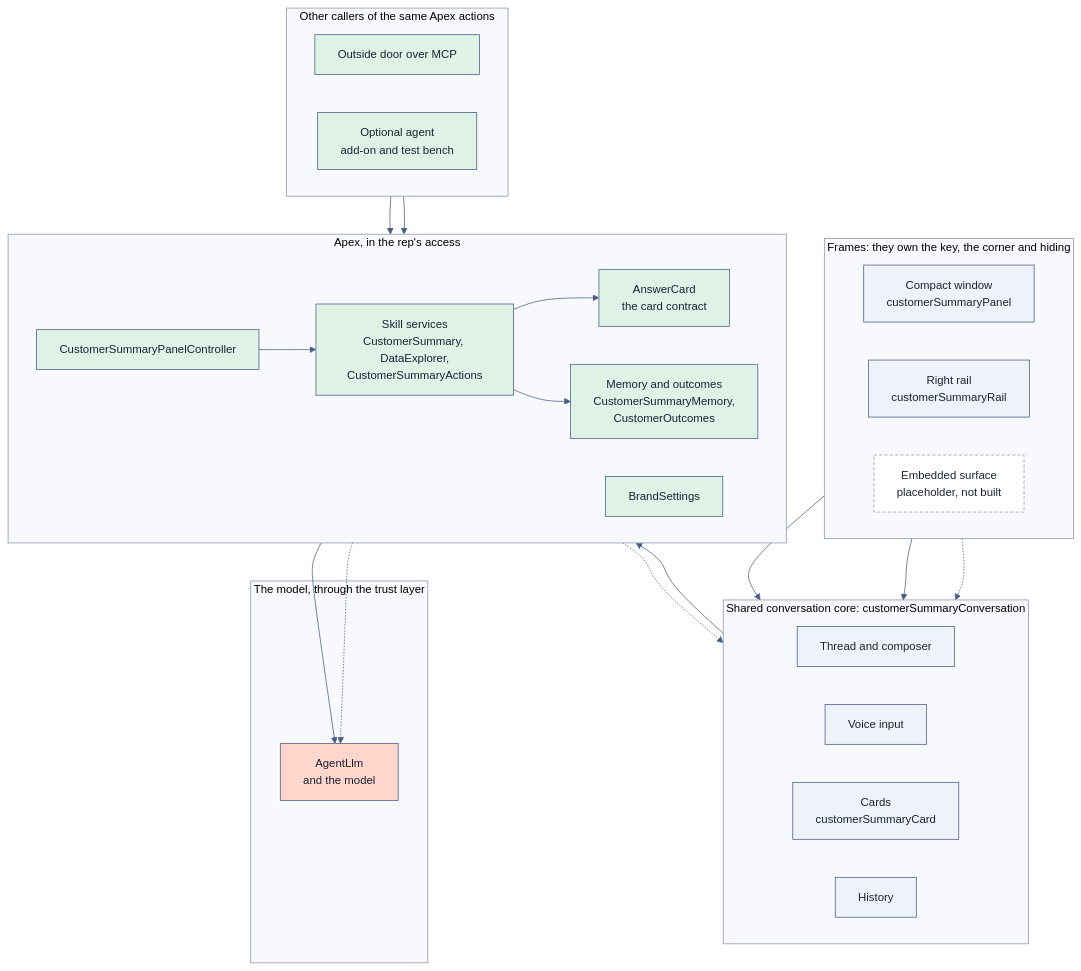
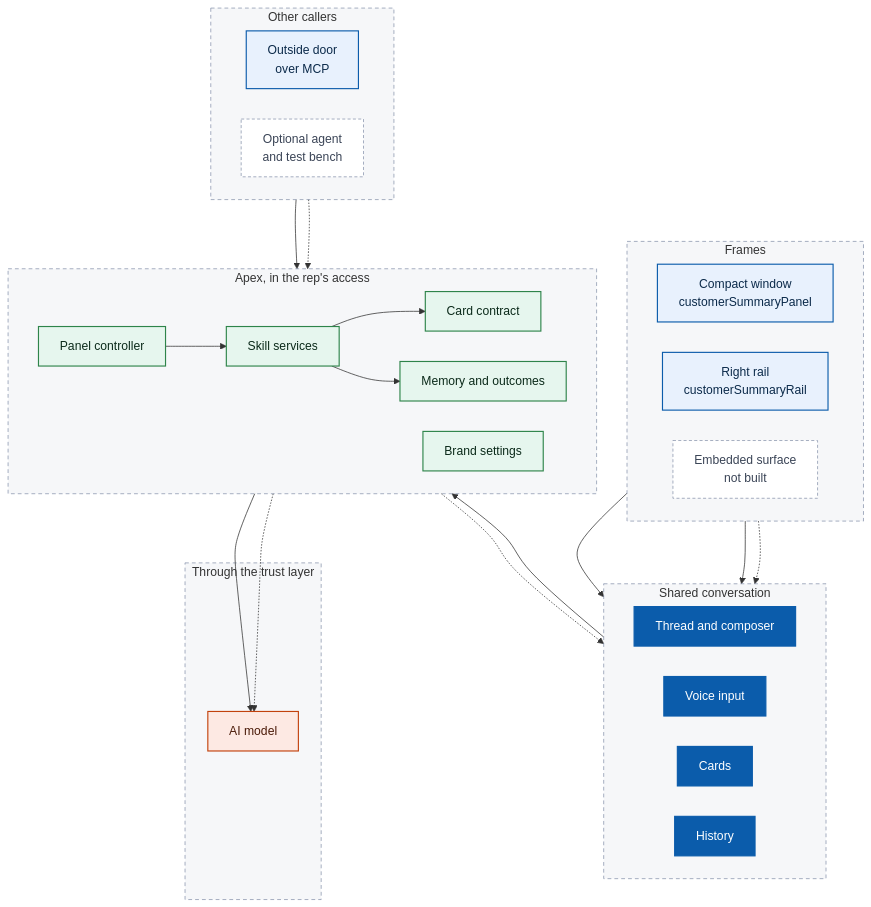
Before and after one commit to nelsben/generic-agent: the first of 4 diagrams in README.md, drawn with Mermaid. The commit also changed other lines of this file and 3 other files, not shown here.

Commit message:
OPS-67: README and ARCHITECTURE diagrams restyled (6 blocks)

````diff
--- a/README.md
+++ b/README.md
@@ -101,53 +101,66 @@
 ```mermaid
-%%{init: {"theme": "base", "themeVariables": {"fontFamily": "-apple-system, BlinkMacSystemFont, Segoe UI, Helvetica, Arial, sans-serif", "fontSize": "15px", "primaryColor": "#EEF2FA", "primaryBorderColor": "#4A5D85", "primaryTextColor": "#1B2233", "secondaryColor": "#F4F6F9", "tertiaryColor": "#FFFFFF", "lineColor": "#4A5D85", "textColor": "#1B2233", "actorBkg": "#EEF2FA", "actorBorder": "#4A5D85", "actorTextColor": "#1B2233", "actorLineColor": "#8A96AD", "signalColor": "#4A5D85", "signalTextColor": "#1B2233", "labelBoxBkgColor": "#FFFFFF", "labelBoxBorderColor": "#4A5D85", "labelTextColor": "#1B2233", "loopTextColor": "#1B2233", "noteBkgColor": "#FFFFFF", "noteBorderColor": "#8A96AD", "noteTextColor": "#1B2233", "sequenceNumberColor": "#FFFFFF", "activationBkgColor": "#DDE4F2", "activationBorderColor": "#4A5D85", "clusterBkg": "#F7F9FC", "clusterBorder": "#8A96AD", "edgeLabelBackground": "#FFFFFF"}}}%%
+---
+config:
+  layout: dagre
+  flowchart:
+    curve: basis
+    nodeSpacing: 40
+    rankSpacing: 55
+    wrappingWidth: 220
+    padding: 14
+---
 flowchart TB
-    subgraph FR["Frames: they own the key, the corner and hiding"]
+    subgraph FR["Frames"]
         direction LR
         CW["Compact window<br/>customerSummaryPanel"]
         RR["Right rail<br/>customerSummaryRail"]
-        EM["Embedded surface<br/>placeholder, not built"]
+        EM["Embedded surface<br/>not built"]
     end
-    subgraph CORE["Shared conversation core: customerSummaryConversation"]
+    subgraph CORE["Shared conversation"]
         direction LR
         TH["Thread and composer"]
         VO["Voice input"]
-        CA["Cards<br/>customerSummaryCard"]
+        CA["Cards"]
         HI["History"]
     end
     subgraph APX["Apex, in the rep's access"]
         direction LR
-        PC["CustomerSummaryPanelController"]
-        SK["Skill services<br/>CustomerSummary, DataExplorer,<br/>CustomerSummaryActions"]
-        AC["AnswerCard<br/>the card contract"]
-        ST["Memory and outcomes<br/>CustomerSummaryMemory,<br/>CustomerOutcomes"]
-        BR["BrandSettings"]
+        PC["Panel controller"]
+        SK["Skill services"]
+        AC["Card contract"]
+        ST["Memory and outcomes"]
+        BR["Brand settings"]
     end
-    subgraph MODEL["The model, through the trust layer"]
-        LLM["AgentLlm<br/>and the model"]
+    subgraph MODEL["Through the trust layer"]
+        LLM["AI model"]
     end
-    subgraph OUT["Other callers of the same Apex actions"]
+    subgraph OUT["Other callers"]
         direction LR
-        MCP["Outside door over MCP"]
-        AG["Optional agent<br/>add-on and test bench"]
+        MCP["Outside door<br/>over MCP"]
+        AG["Optional agent<br/>and test bench"]
     end
     CW --> CORE
     RR --> CORE
     EM -.-> CORE
     CORE --> PC
     PC --> SK
     SK --> AC
     SK --> ST
     SK --> LLM
     BR -.-> CORE
     BR -.-> LLM
     MCP --> SK
-    AG --> SK
-    classDef frame fill:#EEF2FA,stroke:#4A5D85,color:#1B2233
-    classDef apex fill:#DEF3E6,stroke:#4A5D85,color:#1B2233
-    classDef model fill:#FFD6CC,stroke:#4A5D85,color:#1B2233
-    classDef later fill:#FFFFFF,stroke:#8A96AD,color:#1B2233,stroke-dasharray: 4 3
-    class CW,RR,TH,VO,CA,HI frame
-    class PC,SK,AC,ST,BR,MCP,AG apex
+    AG -.-> SK
+    classDef surface fill:#E8F1FD,stroke:#0B5CAB,color:#0B2A4A,stroke-width:1.5px
+    classDef core fill:#0B5CAB,stroke:#0B5CAB,color:#FFFFFF,stroke-width:1.5px
+    classDef apex fill:#E6F6EE,stroke:#2E844A,color:#0B2A1A,stroke-width:1.5px
+    classDef model fill:#FDE9E3,stroke:#C2410C,color:#4A1A08,stroke-width:1.5px
+    classDef later fill:#FFFFFF,stroke:#8A96AD,color:#3A4456,stroke-dasharray:4 3
+    classDef zone fill:#8A96AD14,stroke:#8A96AD,stroke-width:1px,stroke-dasharray:5 4
+    class CW,RR,MCP surface
+    class TH,VO,CA,HI core
+    class PC,SK,AC,ST,BR apex
     class LLM model
-    class EM later
+    class EM,AG later
+    class FR,CORE,APX,MODEL,OUT zone
 ```
````
